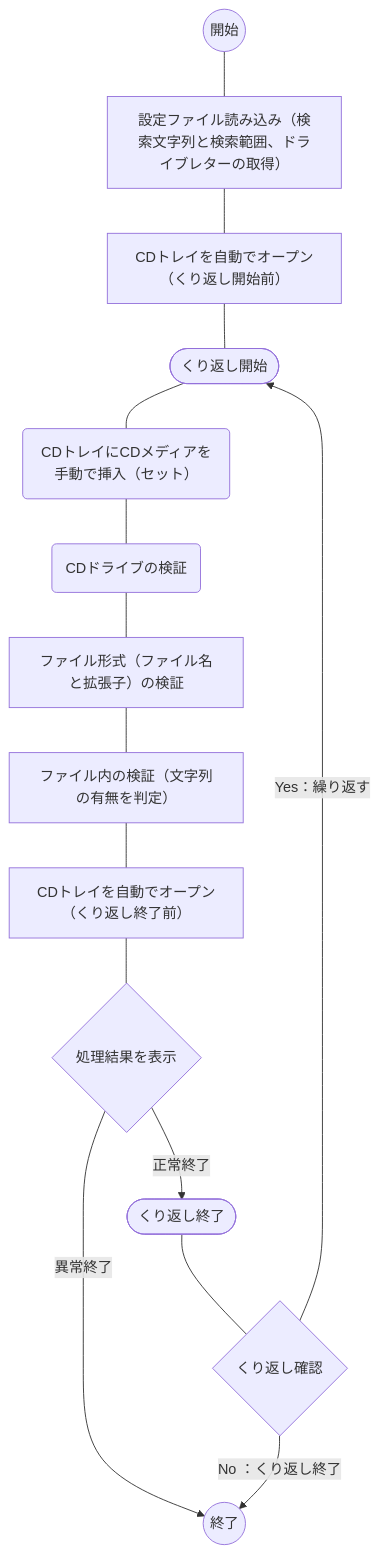
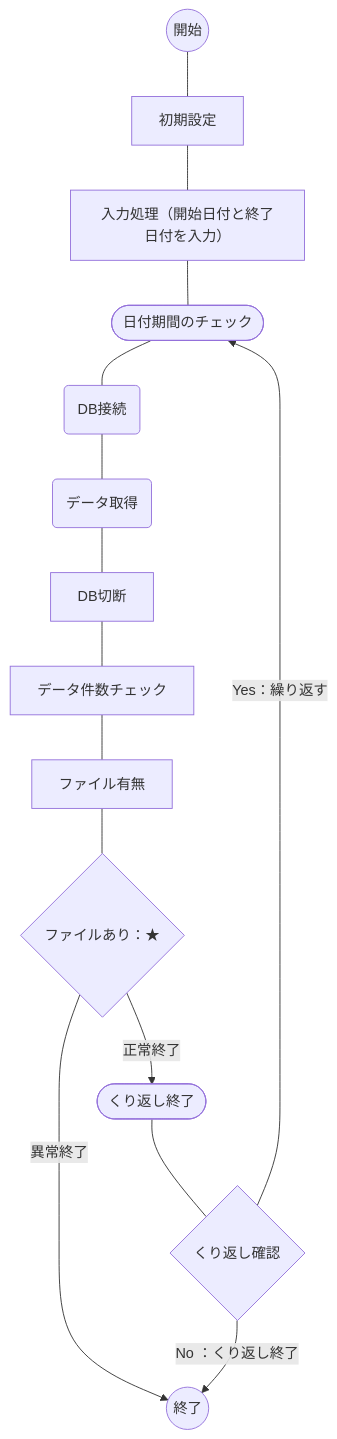
Before and after one commit to akiGAMEBOY/haretokidoki_zn: the diagram in articles/28a7467dedabfc.md, drawn with Mermaid. The commit also changed other lines of this file, not shown here.

````diff
--- a/articles/28a7467dedabfc.md
+++ b/articles/28a7467dedabfc.md
@@ -55,17 +55,17 @@
 ```mermaid
 flowchart TB
-    A(("開始")) --- B["設定ファイル読み込み（検索文字列と検索範囲、ドライブレターの取得）"]
-    B --- C["CDトレイを自動でオープン（くり返し開始前）"]
-    C --- D(["くり返し開始"])
-    D --- E("CDトレイにCDメディアを手動で挿入（セット）")
-    E --- F("CDドライブの検証")
-    F --- G["ファイル形式（ファイル名と拡張子）の検証"]
-    G --- H["ファイル内の検証（文字列の有無を判定）"]
-    H --- I["CDトレイを自動でオープン（くり返し終了前）"]
-    I --- J{"処理結果を表示"}
+    A(("開始")) --- B["初期設定"]
+    B --- C["入力処理（開始日付と終了日付を入力）"]
+    C --- D(["日付期間のチェック"])
+    D --- E("DB接続")
+    E --- F("データ取得")
+    F --- G["DB切断"]
+    G --- H["データ件数チェック"]
+    H --- I["ファイル有無"]
+    I --- J{"ファイルあり：★"}
     J --> |"正常終了"| K(["くり返し終了"])
     J --> |"異常終了"| M(("終了"))
     K --- L{"くり返し確認"}
     L --> |"Yes：繰り返す"| D
     L --> |"No ：くり返し終了"| M
 ```
````
